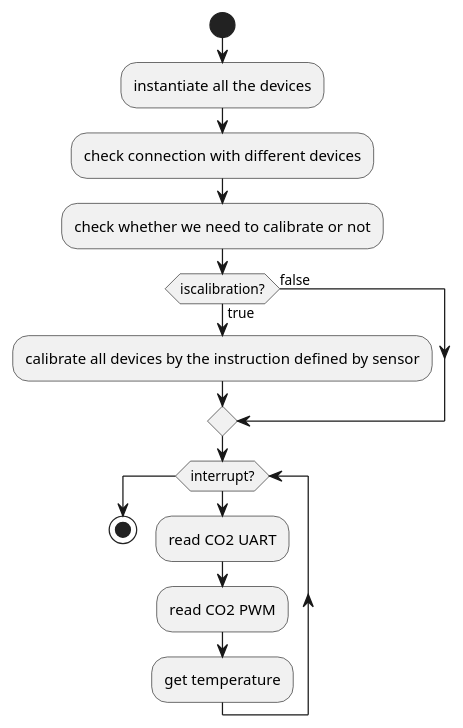
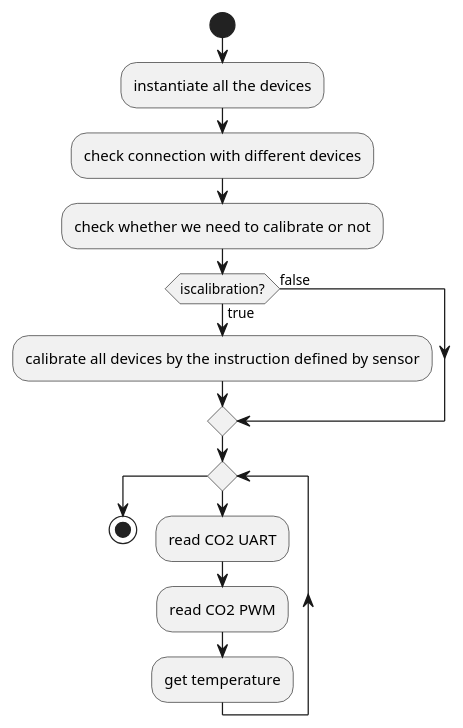
The second of 2 diagrams in README.md (yichin-weng/environment_sensoro_system), drawn with PlantUML before and after one commit.

Commit message:
todo: create a popup window       define the structure of this program       modify arduino code by FreeRTOS       calibrate co2 sensor with other model add: readme modified: StructQueue.ino ( implement FreeRTOS )

````diff
--- a/README.md
+++ b/README.md
@@ -74,17 +74,17 @@
 ```plantuml
 start
 :instantiate all the devices;
 :check connection with different devices;
 :check whether we need to calibrate or not;
 if (iscalibration?) then (true)
     :calibrate all devices by the instruction defined by sensor;
 else(false)
 endif
-while (interrupt?)
+while ()
     :read CO2 UART;
     :read CO2 PWM;
     :get temperature;
 endwhile
 
 stop
 ```
````
